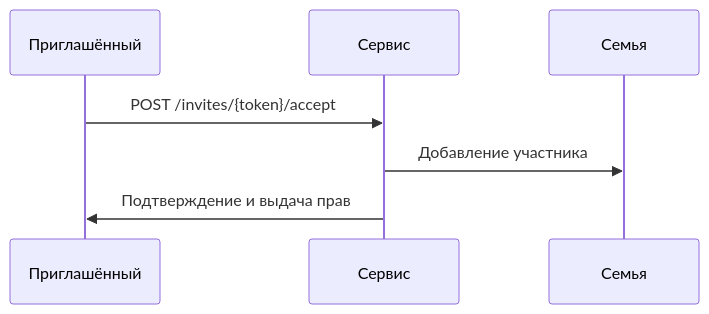
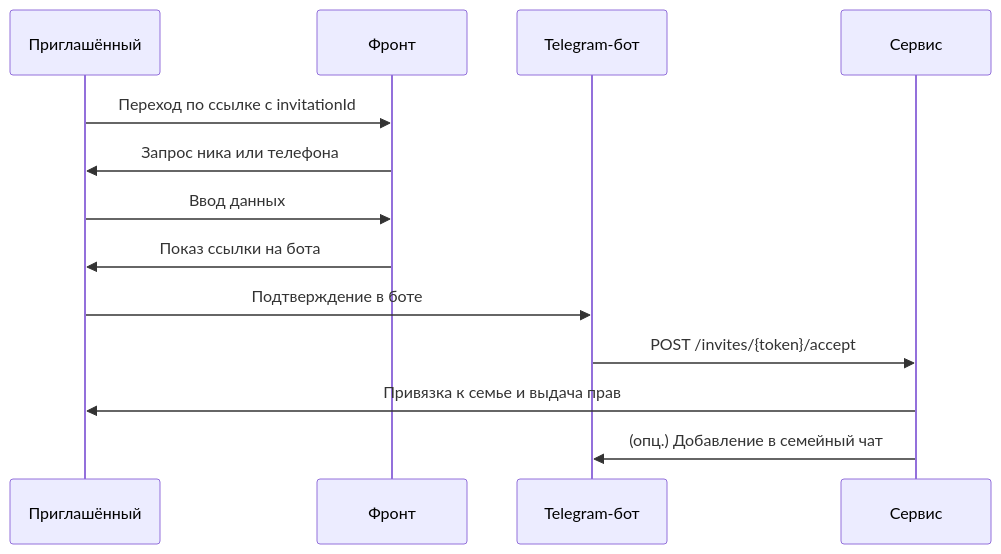
One commit to VASSUV-RU/FamilyTree changed the second of 2 diagrams in docs/family/invitations.md. Above: the diagram before and after it, drawn with Mermaid. The commit also changed other lines of this file and 7 other files, not shown here.

````diff
--- a/docs/family/invitations.md
+++ b/docs/family/invitations.md
@@ -28,9 +25,15 @@
 ```mermaid
 sequenceDiagram
     participant M as Приглашённый
+    participant F as Фронт
+    participant B as Telegram-бот
     participant S as Сервис
-    participant F as Семья
-    M->>S: POST /invites/{token}/accept
-    S->>F: Добавление участника
-    S->>M: Подтверждение и выдача прав
+    M->>F: Переход по ссылке с invitationId
+    F->>M: Запрос ника или телефона
+    M->>F: Ввод данных
+    F->>M: Показ ссылки на бота
+    M->>B: Подтверждение в боте
+    B->>S: POST /invites/{token}/accept
+    S->>M: Привязка к семье и выдача прав
+    S->>B: (опц.) Добавление в семейный чат
 ```
````
